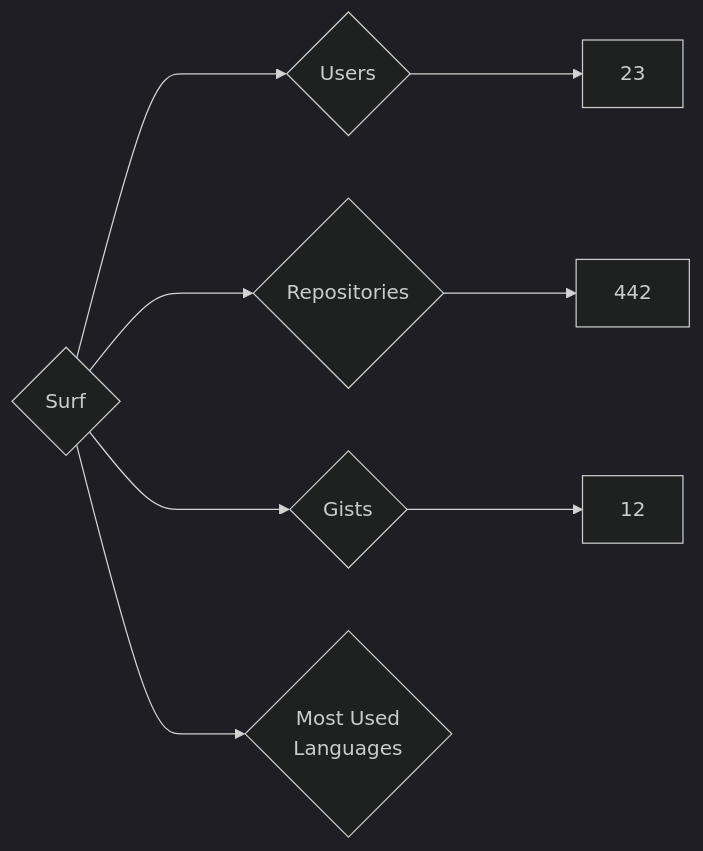
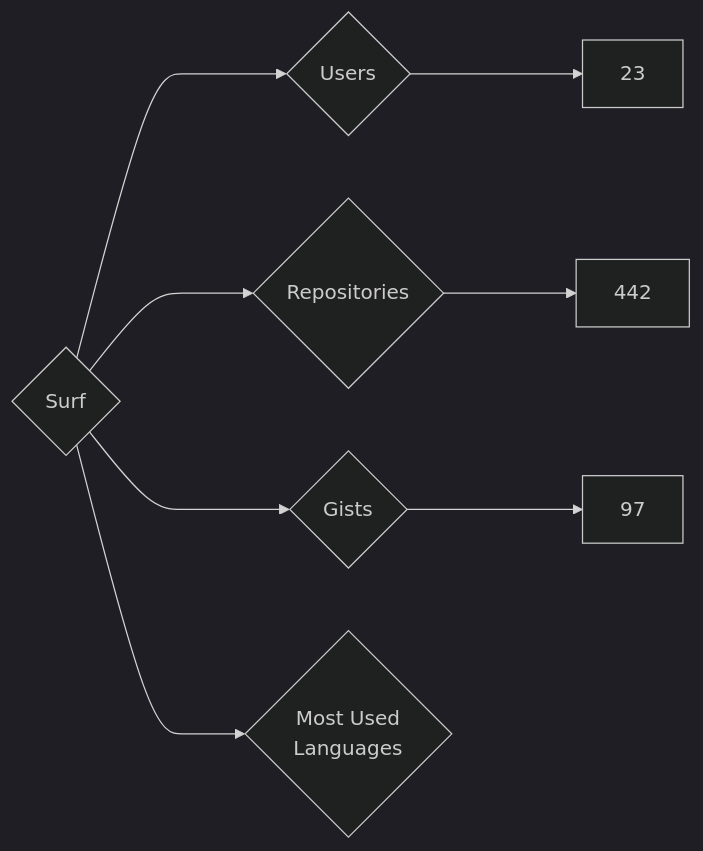
The diagram in targets/Surf/README.md (nenadzaric/insiders), drawn with Mermaid (dark theme) before and after one commit. The commit also changed 1342 other files, not shown here.

````diff
--- a/targets/Surf/README.md
+++ b/targets/Surf/README.md
@@ -3,8 +3,8 @@
 ```mermaid
 graph LR
 COMPANY_NAME{Surf}
 COMPANY_NAME ---> U{Users} ---> UN[23]
 COMPANY_NAME ---> R{Repositories} ---> RN[442]
-COMPANY_NAME ---> G{Gists} ---> GN[12]
+COMPANY_NAME ---> G{Gists} ---> GN[97]
 COMPANY_NAME ---> ML{Most Used<br>Languages}
 ```
````
